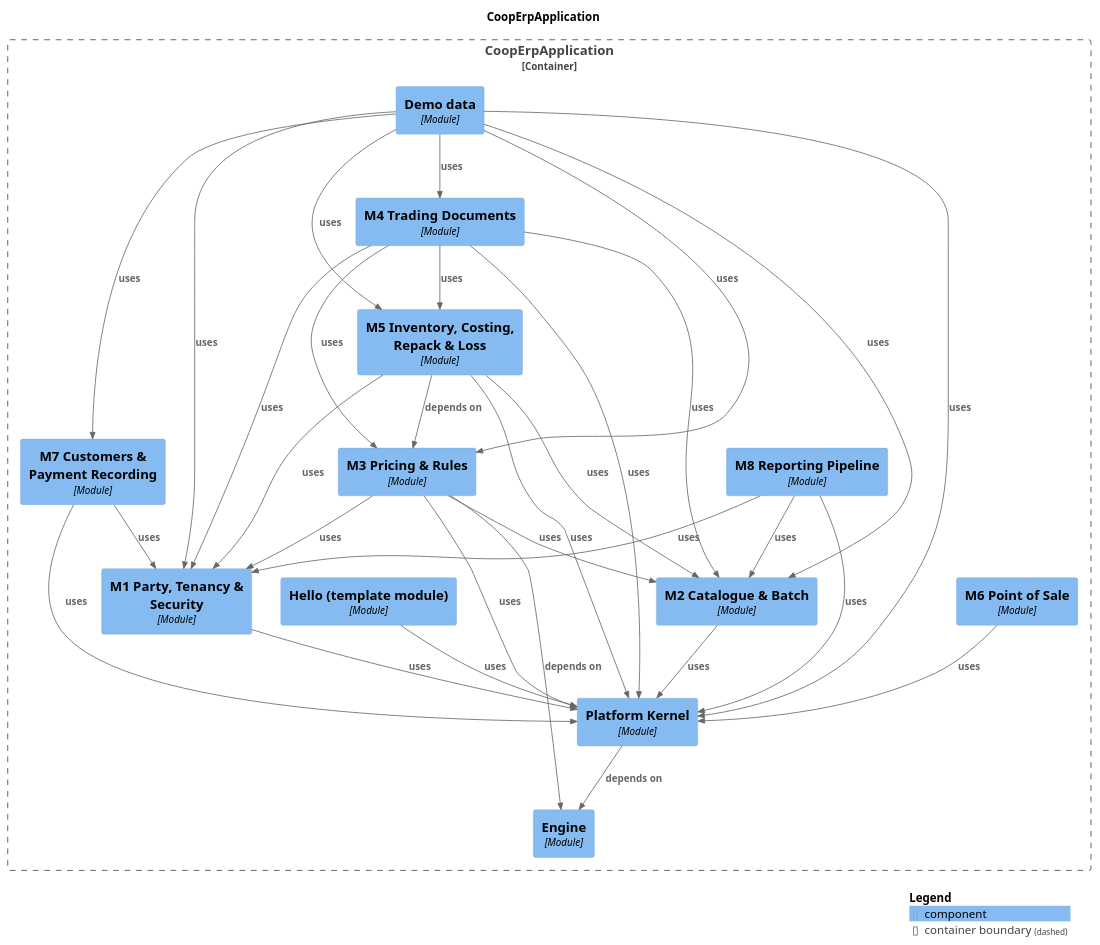
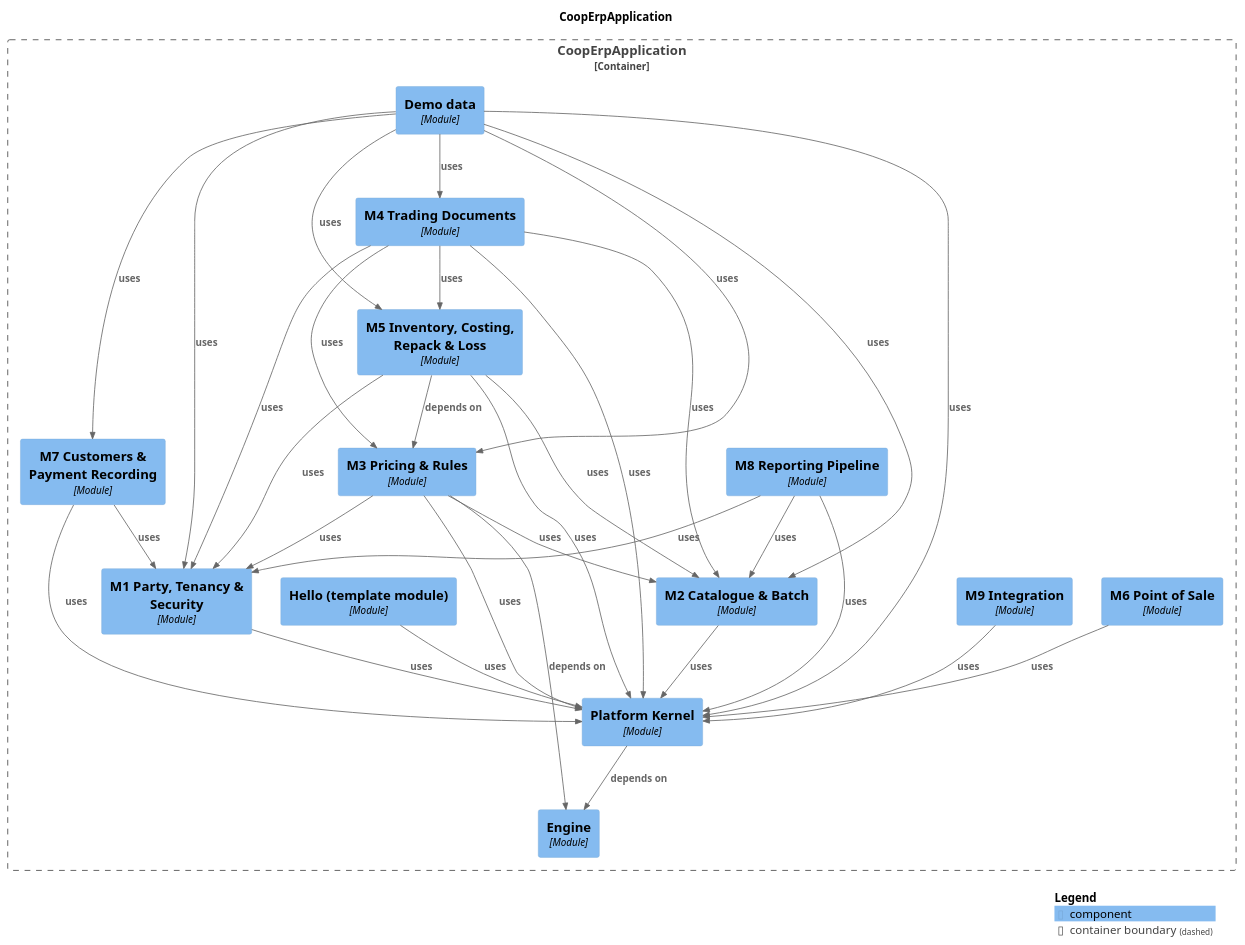
One commit to Knoweb/COOP_ERP changed the diagram in docs/modules/components.puml. Above: the diagram before and after it, drawn with PlantUML. The commit also changed 66 other files, not shown here.

```diff
--- a/docs/modules/components.puml
+++ b/docs/modules/components.puml
@@ -1,58 +1,60 @@
 @startuml
 set separator none
 title CoopErpApplication
 
 top to bottom direction
 
 !include <C4/C4>
 !include <C4/C4_Context>
 !include <C4/C4_Component>
 
 Container_Boundary("CoopErpApplication.CoopErpApplication_boundary", "CoopErpApplication", $tags="") {
+  Component(CoopErpApplication.CoopErpApplication.M9Integration, "M9 Integration", $techn="Module", $descr="", $tags="", $link="")
   Component(CoopErpApplication.CoopErpApplication.M3PricingRules, "M3 Pricing & Rules", $techn="Module", $descr="", $tags="", $link="")
   Component(CoopErpApplication.CoopErpApplication.M7CustomersPaymentRecording, "M7 Customers & Payment Recording", $techn="Module", $descr="", $tags="", $link="")
   Component(CoopErpApplication.CoopErpApplication.M8ReportingPipeline, "M8 Reporting Pipeline", $techn="Module", $descr="", $tags="", $link="")
   Component(CoopErpApplication.CoopErpApplication.M5InventoryCostingRepackLoss, "M5 Inventory, Costing, Repack & Loss", $techn="Module", $descr="", $tags="", $link="")
   Component(CoopErpApplication.CoopErpApplication.M4TradingDocuments, "M4 Trading Documents", $techn="Module", $descr="", $tags="", $link="")
   Component(CoopErpApplication.CoopErpApplication.Demodata, "Demo data", $techn="Module", $descr="", $tags="", $link="")
   Component(CoopErpApplication.CoopErpApplication.Engine, "Engine", $techn="Module", $descr="", $tags="", $link="")
   Component(CoopErpApplication.CoopErpApplication.PlatformKernel, "Platform Kernel", $techn="Module", $descr="", $tags="", $link="")
   Component(CoopErpApplication.CoopErpApplication.Hellotemplatemodule, "Hello (template module)", $techn="Module", $descr="", $tags="", $link="")
   Component(CoopErpApplication.CoopErpApplication.M1PartyTenancySecurity, "M1 Party, Tenancy & Security", $techn="Module", $descr="", $tags="", $link="")
   Component(CoopErpApplication.CoopErpApplication.M2CatalogueBatch, "M2 Catalogue & Batch", $techn="Module", $descr="", $tags="", $link="")
   Component(CoopErpApplication.CoopErpApplication.M6PointofSale, "M6 Point of Sale", $techn="Module", $descr="", $tags="", $link="")
 }
 
 Rel(CoopErpApplication.CoopErpApplication.Demodata, CoopErpApplication.CoopErpApplication.M1PartyTenancySecurity, "uses", $techn="", $tags="", $link="")
 Rel(CoopErpApplication.CoopErpApplication.Demodata, CoopErpApplication.CoopErpApplication.M2CatalogueBatch, "uses", $techn="", $tags="", $link="")
 Rel(CoopErpApplication.CoopErpApplication.Demodata, CoopErpApplication.CoopErpApplication.M3PricingRules, "uses", $techn="", $tags="", $link="")
 Rel(CoopErpApplication.CoopErpApplication.Demodata, CoopErpApplication.CoopErpApplication.M4TradingDocuments, "uses", $techn="", $tags="", $link="")
 Rel(CoopErpApplication.CoopErpApplication.Demodata, CoopErpApplication.CoopErpApplication.M5InventoryCostingRepackLoss, "uses", $techn="", $tags="", $link="")
 Rel(CoopErpApplication.CoopErpApplication.Demodata, CoopErpApplication.CoopErpApplication.M7CustomersPaymentRecording, "uses", $techn="", $tags="", $link="")
 Rel(CoopErpApplication.CoopErpApplication.Demodata, CoopErpApplication.CoopErpApplication.PlatformKernel, "uses", $techn="", $tags="", $link="")
 Rel(CoopErpApplication.CoopErpApplication.Hellotemplatemodule, CoopErpApplication.CoopErpApplication.PlatformKernel, "uses", $techn="", $tags="", $link="")
 Rel(CoopErpApplication.CoopErpApplication.M1PartyTenancySecurity, CoopErpApplication.CoopErpApplication.PlatformKernel, "uses", $techn="", $tags="", $link="")
 Rel(CoopErpApplication.CoopErpApplication.M2CatalogueBatch, CoopErpApplication.CoopErpApplication.PlatformKernel, "uses", $techn="", $tags="", $link="")
 Rel(CoopErpApplication.CoopErpApplication.M3PricingRules, CoopErpApplication.CoopErpApplication.Engine, "depends on", $techn="", $tags="", $link="")
 Rel(CoopErpApplication.CoopErpApplication.M3PricingRules, CoopErpApplication.CoopErpApplication.M1PartyTenancySecurity, "uses", $techn="", $tags="", $link="")
 Rel(CoopErpApplication.CoopErpApplication.M3PricingRules, CoopErpApplication.CoopErpApplication.M2CatalogueBatch, "uses", $techn="", $tags="", $link="")
 Rel(CoopErpApplication.CoopErpApplication.M3PricingRules, CoopErpApplication.CoopErpApplication.PlatformKernel, "uses", $techn="", $tags="", $link="")
 Rel(CoopErpApplication.CoopErpApplication.M4TradingDocuments, CoopErpApplication.CoopErpApplication.M1PartyTenancySecurity, "uses", $techn="", $tags="", $link="")
 Rel(CoopErpApplication.CoopErpApplication.M4TradingDocuments, CoopErpApplication.CoopErpApplication.M2CatalogueBatch, "uses", $techn="", $tags="", $link="")
 Rel(CoopErpApplication.CoopErpApplication.M4TradingDocuments, CoopErpApplication.CoopErpApplication.M3PricingRules, "uses", $techn="", $tags="", $link="")
 Rel(CoopErpApplication.CoopErpApplication.M4TradingDocuments, CoopErpApplication.CoopErpApplication.M5InventoryCostingRepackLoss, "uses", $techn="", $tags="", $link="")
 Rel(CoopErpApplication.CoopErpApplication.M4TradingDocuments, CoopErpApplication.CoopErpApplication.PlatformKernel, "uses", $techn="", $tags="", $link="")
 Rel(CoopErpApplication.CoopErpApplication.M5InventoryCostingRepackLoss, CoopErpApplication.CoopErpApplication.M1PartyTenancySecurity, "uses", $techn="", $tags="", $link="")
 Rel(CoopErpApplication.CoopErpApplication.M5InventoryCostingRepackLoss, CoopErpApplication.CoopErpApplication.M2CatalogueBatch, "uses", $techn="", $tags="", $link="")
 Rel(CoopErpApplication.CoopErpApplication.M5InventoryCostingRepackLoss, CoopErpApplication.CoopErpApplication.M3PricingRules, "depends on", $techn="", $tags="", $link="")
 Rel(CoopErpApplication.CoopErpApplication.M5InventoryCostingRepackLoss, CoopErpApplication.CoopErpApplication.PlatformKernel, "uses", $techn="", $tags="", $link="")
 Rel(CoopErpApplication.CoopErpApplication.M6PointofSale, CoopErpApplication.CoopErpApplication.PlatformKernel, "uses", $techn="", $tags="", $link="")
 Rel(CoopErpApplication.CoopErpApplication.M7CustomersPaymentRecording, CoopErpApplication.CoopErpApplication.M1PartyTenancySecurity, "uses", $techn="", $tags="", $link="")
 Rel(CoopErpApplication.CoopErpApplication.M7CustomersPaymentRecording, CoopErpApplication.CoopErpApplication.PlatformKernel, "uses", $techn="", $tags="", $link="")
 Rel(CoopErpApplication.CoopErpApplication.M8ReportingPipeline, CoopErpApplication.CoopErpApplication.M1PartyTenancySecurity, "uses", $techn="", $tags="", $link="")
 Rel(CoopErpApplication.CoopErpApplication.M8ReportingPipeline, CoopErpApplication.CoopErpApplication.M2CatalogueBatch, "uses", $techn="", $tags="", $link="")
 Rel(CoopErpApplication.CoopErpApplication.M8ReportingPipeline, CoopErpApplication.CoopErpApplication.PlatformKernel, "uses", $techn="", $tags="", $link="")
+Rel(CoopErpApplication.CoopErpApplication.M9Integration, CoopErpApplication.CoopErpApplication.PlatformKernel, "uses", $techn="", $tags="", $link="")
 Rel(CoopErpApplication.CoopErpApplication.PlatformKernel, CoopErpApplication.CoopErpApplication.Engine, "depends on", $techn="", $tags="", $link="")
 
 SHOW_LEGEND(true)
 @enduml
```
